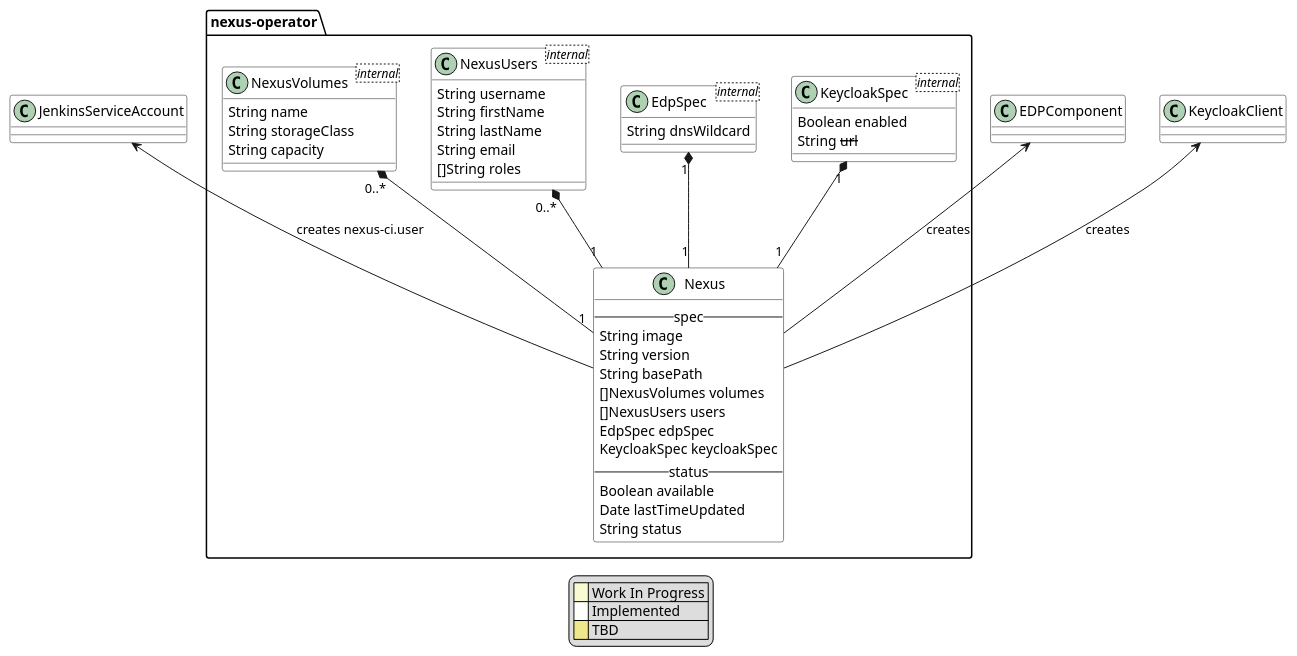
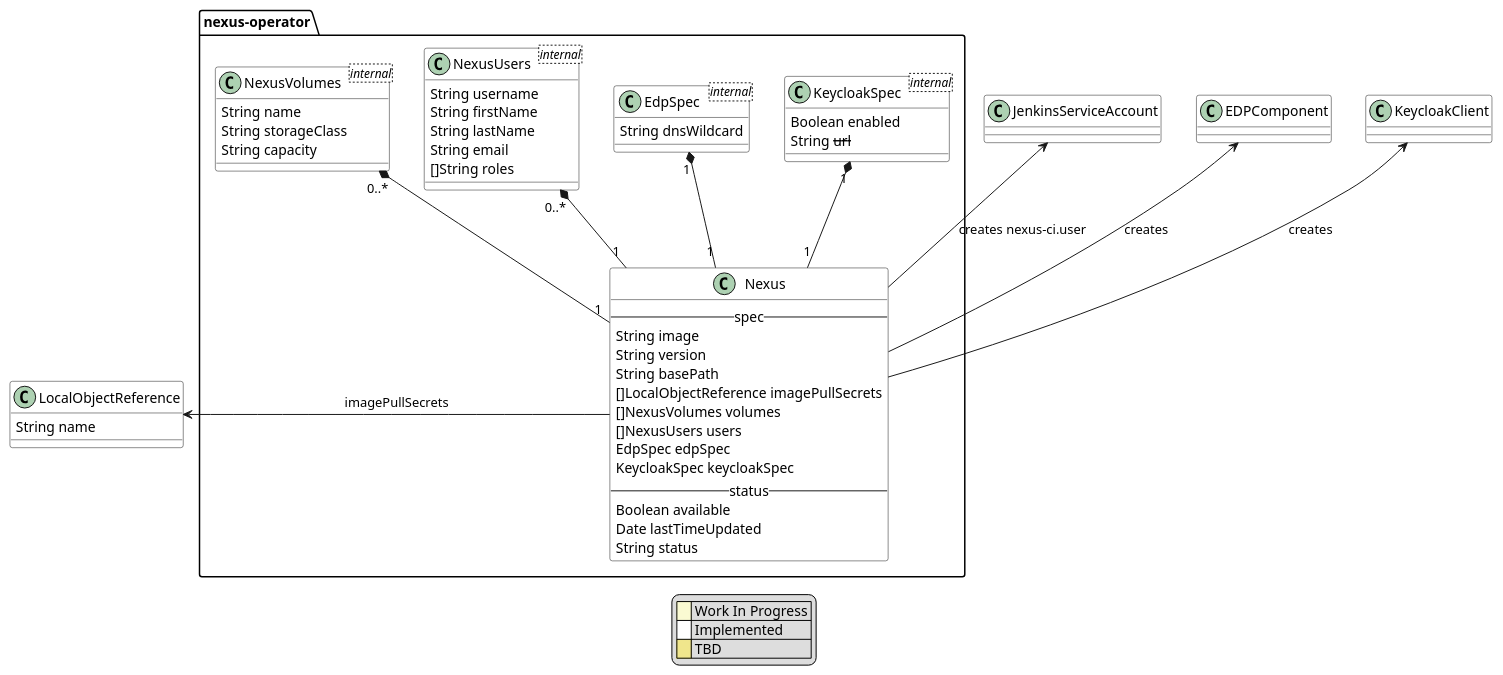
Before and after one commit to epam/edp-nexus-operator: the diagram in documentation/puml/arch.puml, drawn with PlantUML. The commit also changed 5 other files, not shown here.

Commit message:
[EPMDEDP-4757] Update the Nexus object with the imagePullSecrets field

```diff
--- a/documentation/puml/arch.puml
+++ b/documentation/puml/arch.puml
@@ -1,66 +1,70 @@
 @startuml
 
 skinparam class {
     BackgroundColor #white
 	BackgroundColor<<wip>> LightGoldenRodYellow
 	BackgroundColor<<tbd>> Khaki
 }
 
 package nexus-operator {
     class Nexus {
         -- spec --
         String image
         String version
         String basePath
+        []LocalObjectReference imagePullSecrets
         []NexusVolumes volumes
         []NexusUsers users
         EdpSpec edpSpec
         KeycloakSpec keycloakSpec
         -- status --
         Boolean available
         Date lastTimeUpdated
         String status
     }
 
     KeycloakSpec "1" *-- "1" Nexus
     class KeycloakSpec <internal> {
         Boolean enabled
         String --url--
     }
 
     EdpSpec "1" *-- "1" Nexus
     class EdpSpec <internal> {
         String dnsWildcard
     }
 
     NexusUsers "0..*" *-- "1" Nexus
     class NexusUsers <internal> {
         String username
         String firstName
         String lastName
         String email
         []String roles
     }
 
     NexusVolumes "0..*" *-- "1" Nexus
     class NexusVolumes <internal> {
         String name
         String storageClass
         String capacity
     }
 
 
 }
 
-
+class LocalObjectReference {
+    String name
+}
+Nexus -l-> LocalObjectReference : imagePullSecrets
 JenkinsServiceAccount <-d- Nexus : creates nexus-ci.user
 EDPComponent <-d- Nexus : creates
 KeycloakClient <-d- Nexus : creates
 
 legend
 |<back:LightGoldenRodYellow>    </back>| Work In Progress |
 |<back:White>    </back>| Implemented |
 |<back:Khaki>    </back>| TBD |
 endlegend
 
 @enduml
```
